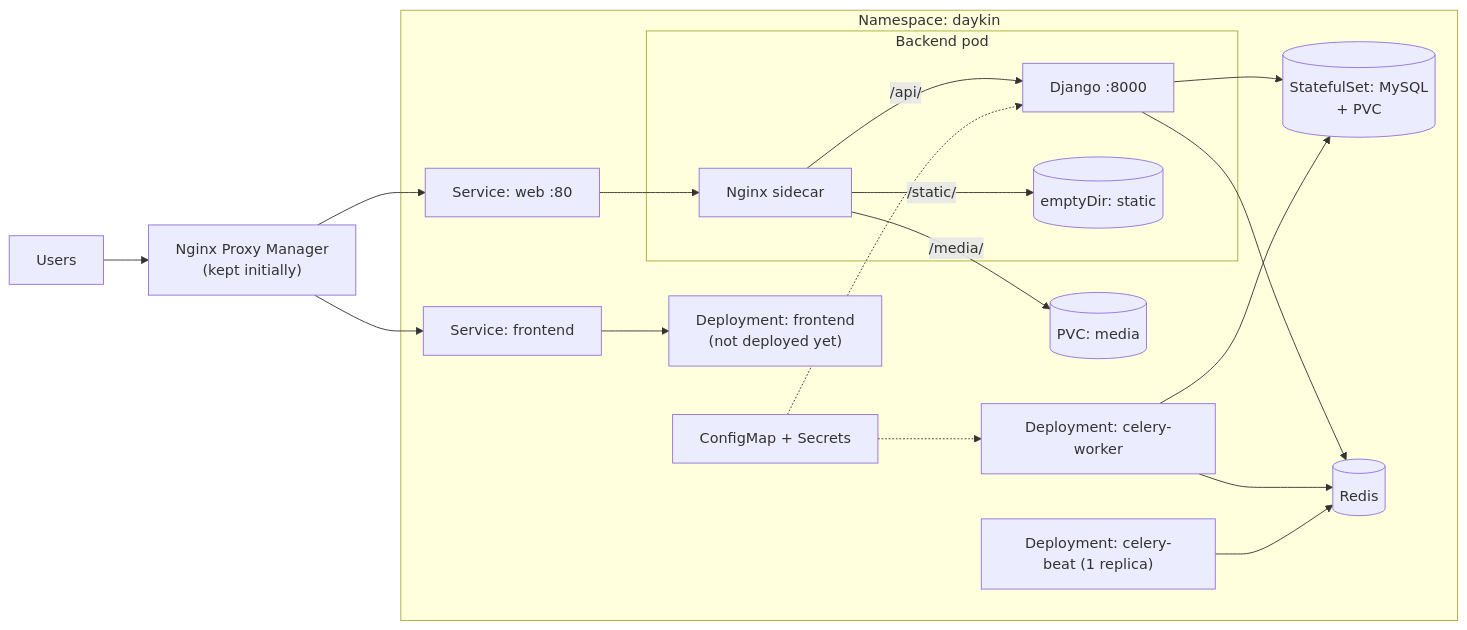
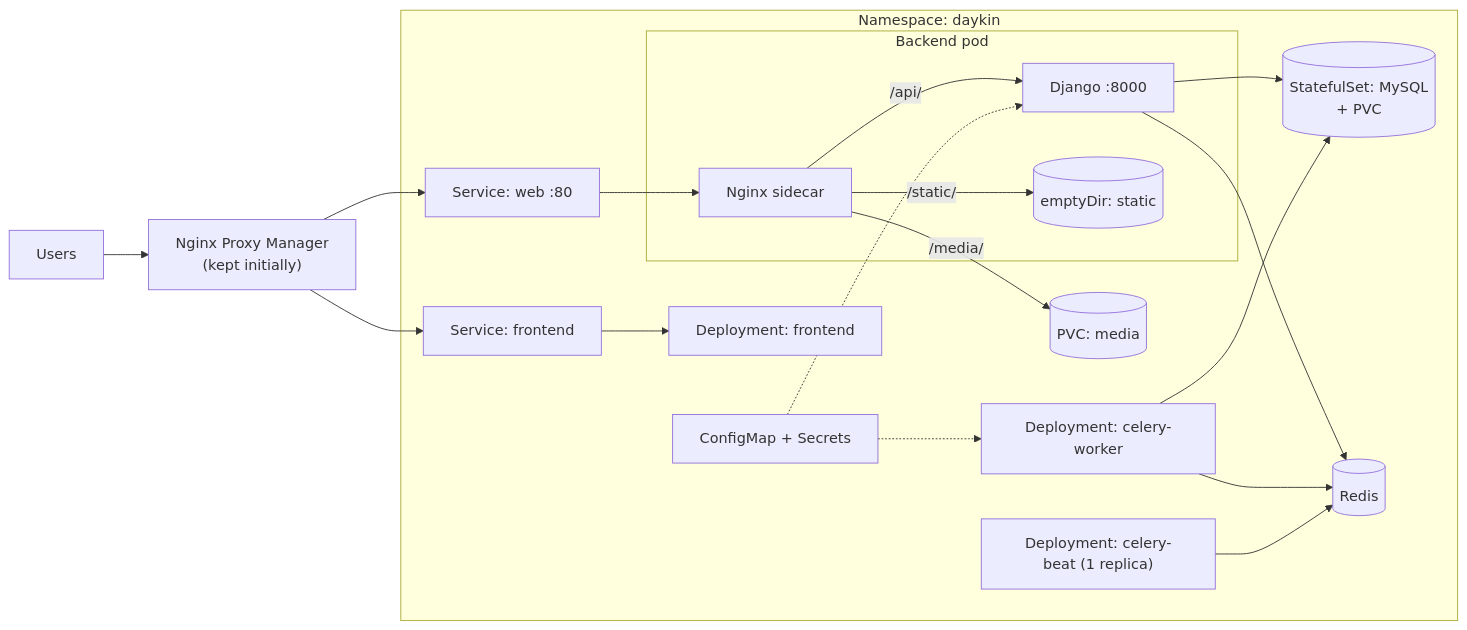
The second of 2 diagrams in README.md (kennedymutebi/daykin-k8s-migration), drawn with Mermaid before and after one commit. The commit also changed other lines of this file and 4 other files, not shown here.

````diff
--- a/README.md
+++ b/README.md
@@ -35,22 +35,22 @@
 ```mermaid
 flowchart LR
     U[Users] --> NPM["Nginx Proxy Manager<br/>(kept initially)"]
     NPM --> WS["Service: web :80"]
     NPM --> FES["Service: frontend"]
     subgraph NS["Namespace: daykin"]
         WS --> NGX
-        FES --> FED["Deployment: frontend<br/>(not deployed yet)"]
+        FES --> FED["Deployment: frontend"]
         subgraph POD["Backend pod"]
             NGX["Nginx sidecar"] -->|/api/| DJ["Django :8000"]
             NGX -->|/static/| ST[("emptyDir: static")]
         end
         NGX -->|/media/| MED[("PVC: media")]
         DJ --> MY[("StatefulSet: MySQL<br/>+ PVC")]
         DJ --> RDS[("Redis")]
         CWD["Deployment: celery-worker"] --> RDS
         CBD["Deployment: celery-beat (1 replica)"] --> RDS
         CWD --> MY
         CM["ConfigMap + Secrets"] -.-> DJ
         CM -.-> CWD
     end
 ```
````
